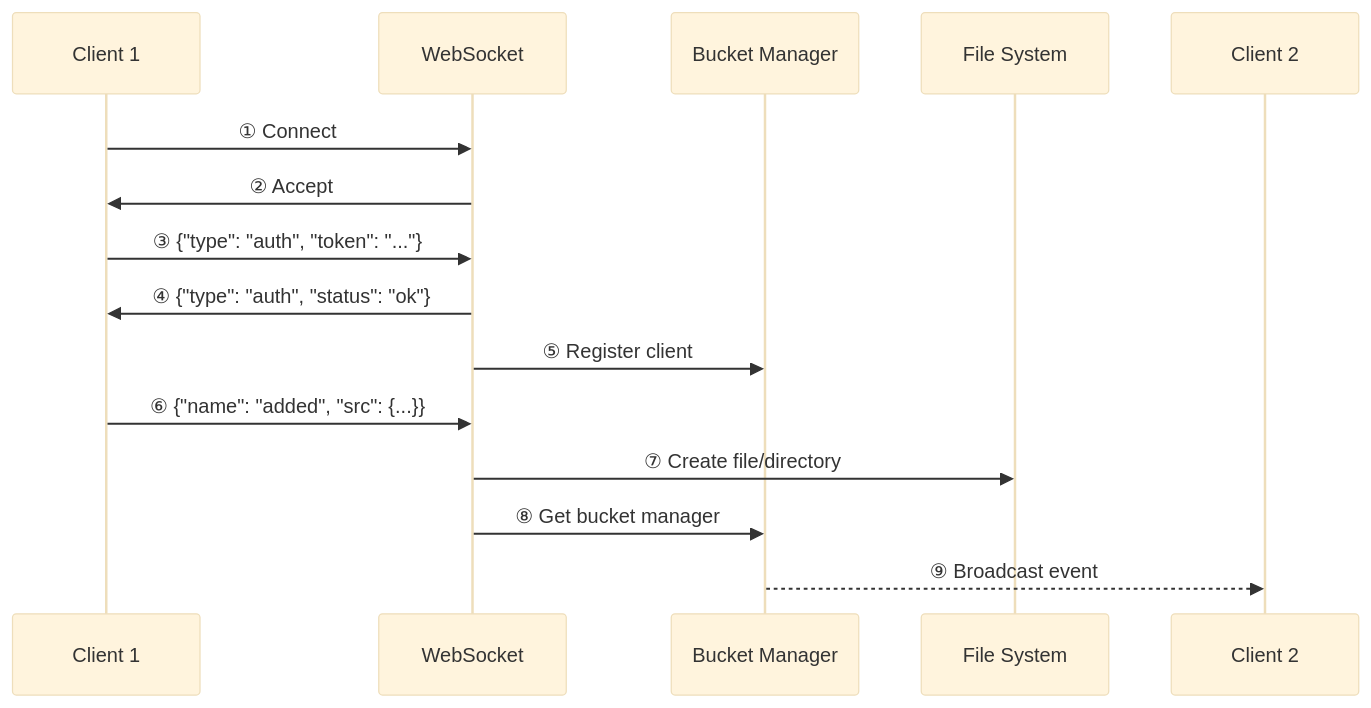
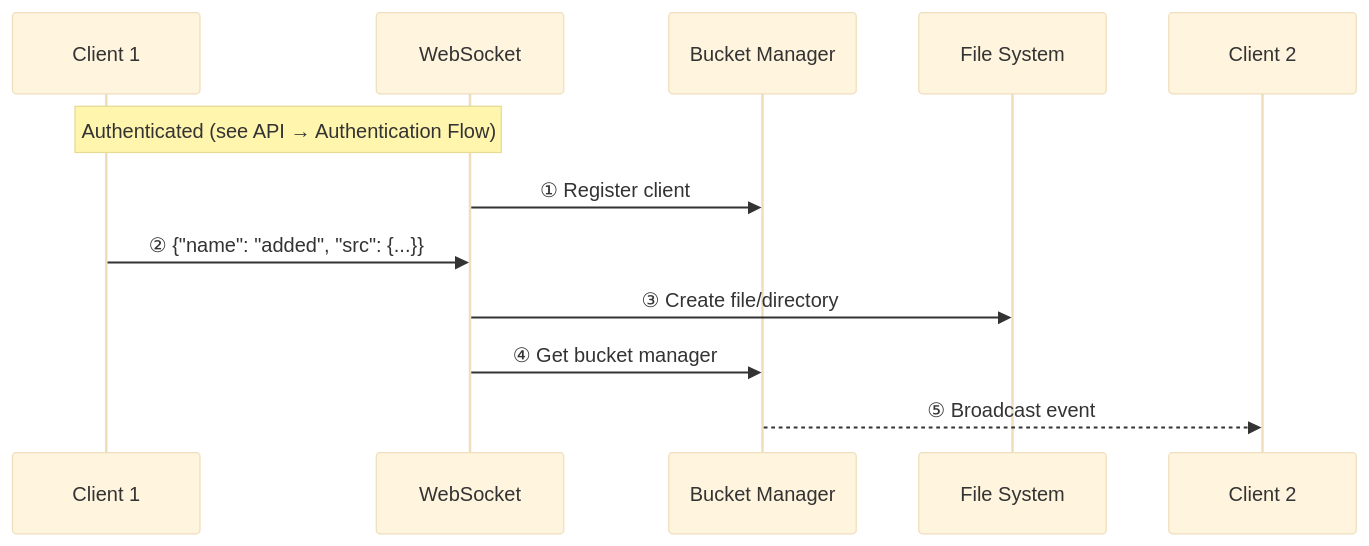
One commit to albertsdk/hsync-server changed the fourth of 4 diagrams in docs/architecture.md. Above: the diagram before and after it, drawn with Mermaid (base theme). The commit also changed other lines of this file and 5 other files, not shown here.

First line of the commit message:
docs: consolidate WebSocket flow, add FAQ, and add release workflow

````diff
--- a/docs/architecture.md
+++ b/docs/architecture.md
@@ -167,19 +172,16 @@
 ```mermaid
 sequenceDiagram
     participant C1 as Client 1
     participant WS as WebSocket
     participant BCM as Bucket Manager
     participant FS as File System
     participant C2 as Client 2
 
-    C1->>WS: ① Connect
-    WS->>C1: ② Accept
-    C1->>WS: ③ {"type": "auth", "token": "..."}
-    WS->>C1: ④ {"type": "auth", "status": "ok"}
-    WS->>BCM: ⑤ Register client
+    Note over C1,WS: Authenticated (see API → Authentication Flow)
+    WS->>BCM: ① Register client
 
-    C1->>WS: ⑥ {"name": "added", "src": {...}}
-    WS->>FS: ⑦ Create file/directory
-    WS->>BCM: ⑧ Get bucket manager
-    BCM-->>C2: ⑨ Broadcast event
+    C1->>WS: ② {"name": "added", "src": {...}}
+    WS->>FS: ③ Create file/directory
+    WS->>BCM: ④ Get bucket manager
+    BCM-->>C2: ⑤ Broadcast event
 ```
````
